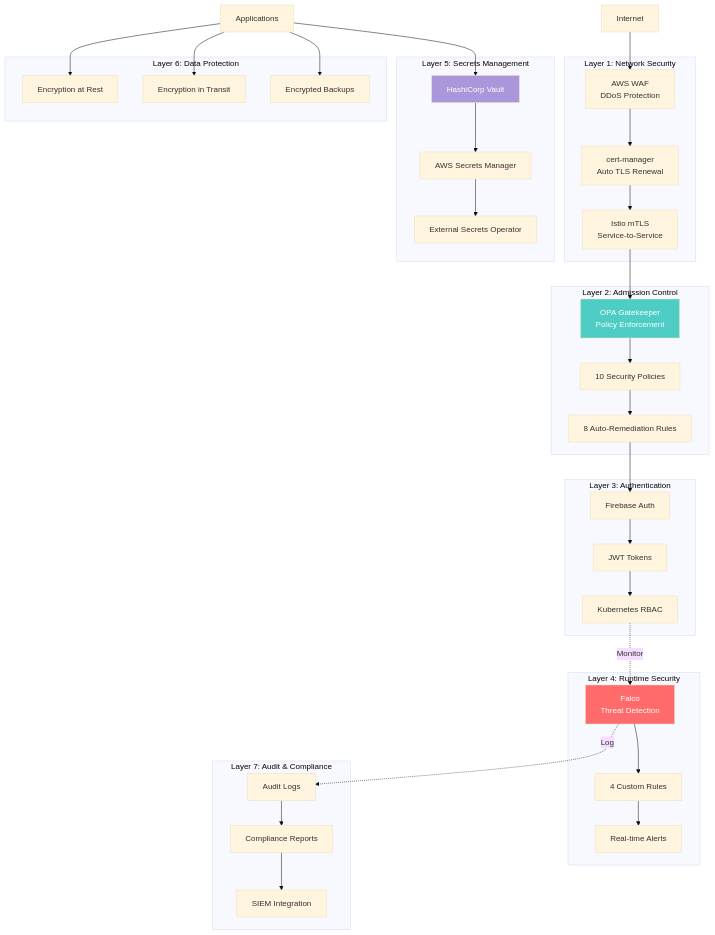
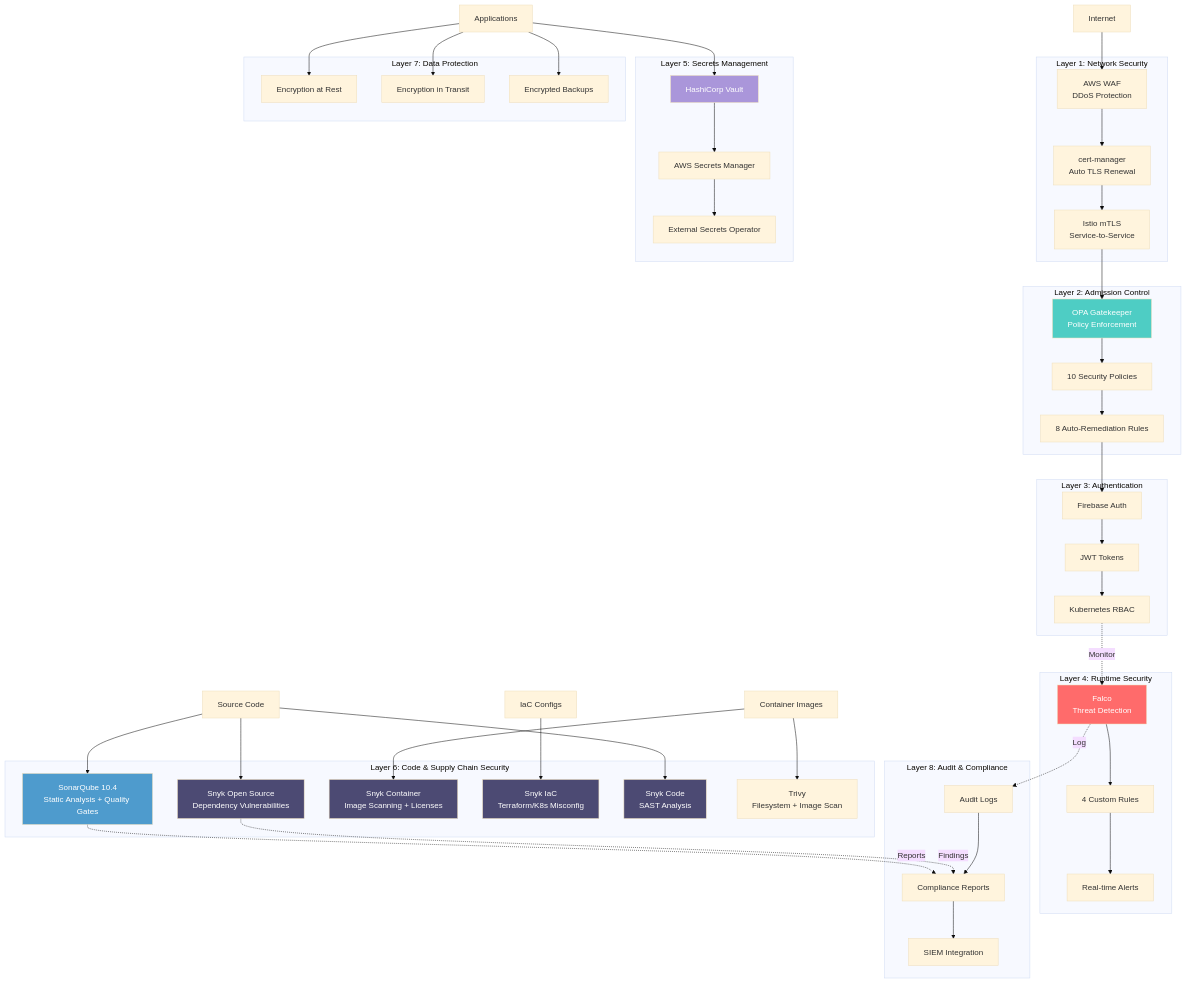
One commit to Derek-miranda/DocuThinker-AI changed diagram 23 of 31 in ARCHITECTURE.md. Above: the diagram before and after it, drawn with Mermaid (base theme). The commit also changed other lines of this file and 16 other files, not shown here.

````diff
--- a/ARCHITECTURE.md
+++ b/ARCHITECTURE.md
@@ -1885,13 +1887,22 @@
         ESO[External Secrets Operator]
     end
 
-    subgraph "Layer 6: Data Protection"
+    subgraph "Layer 6: Code & Supply Chain Security"
+        SONAR[SonarQube 10.4<br/>Static Analysis + Quality Gates]
+        SNYK_OSS[Snyk Open Source<br/>Dependency Vulnerabilities]
+        SNYK_CONTAINER[Snyk Container<br/>Image Scanning + Licenses]
+        SNYK_IAC[Snyk IaC<br/>Terraform/K8s Misconfig]
+        SNYK_SAST[Snyk Code<br/>SAST Analysis]
+        TRIVY[Trivy<br/>Filesystem + Image Scan]
+    end
+
+    subgraph "Layer 7: Data Protection"
         ENCRYPT_REST[Encryption at Rest]
         ENCRYPT_TRANSIT[Encryption in Transit]
         BACKUP[Encrypted Backups]
     end
 
-    subgraph "Layer 7: Audit & Compliance"
+    subgraph "Layer 8: Audit & Compliance"
         AUDIT[Audit Logs]
         COMPLIANCE[Compliance Reports]
         SIEM[SIEM Integration]
@@ -1917,15 +1928,29 @@
     VAULT --> AWS_SM
     AWS_SM --> ESO
 
+    CODE[Source Code] --> SONAR
+    CODE --> SNYK_SAST
+    CODE --> SNYK_OSS
+    IMAGES[Container Images] --> SNYK_CONTAINER
+    IMAGES --> TRIVY
+    INFRA[IaC Configs] --> SNYK_IAC
+
     APP --> ENCRYPT_REST
     APP --> ENCRYPT_TRANSIT
     APP --> BACKUP
 
     FALCO -.->|Log| AUDIT
+    SONAR -.->|Reports| COMPLIANCE
+    SNYK_OSS -.->|Findings| COMPLIANCE
     AUDIT --> COMPLIANCE
     COMPLIANCE --> SIEM
 
     style OPA fill:#4ECDC4,color:#fff
     style FALCO fill:#FF6B6B,color:#fff
     style VAULT fill:#AA96DA,color:#fff
+    style SONAR fill:#4E9BCD,color:#fff
+    style SNYK_OSS fill:#4C4A73,color:#fff
+    style SNYK_CONTAINER fill:#4C4A73,color:#fff
+    style SNYK_IAC fill:#4C4A73,color:#fff
+    style SNYK_SAST fill:#4C4A73,color:#fff
 ```
````
